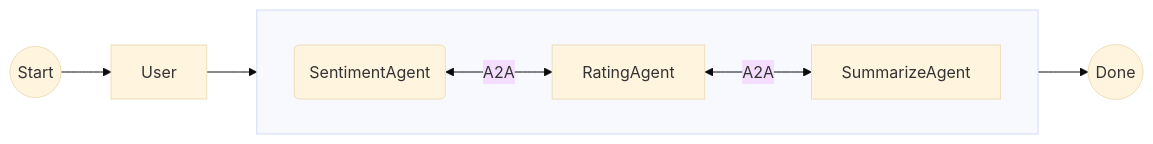
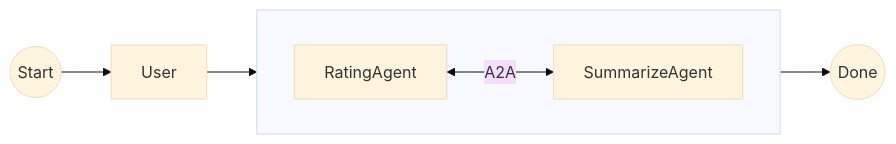
The diagram in docs/eventcatalog/domains/Store/subdomains/Catalog/services/RatingService/queries/SummarizeFeedback/index.mdx (foxminchan/BookWorm), drawn with Mermaid (base theme) before and after one commit. The commit also changed 33 other files, not shown here.

````diff
--- a/docs/eventcatalog/domains/Store/subdomains/Catalog/services/RatingService/queries/SummarizeFeedback/index.mdx
+++ b/docs/eventcatalog/domains/Store/subdomains/Catalog/services/RatingService/queries/SummarizeFeedback/index.mdx
@@ -63,16 +63,12 @@
 ```mermaid
 flowchart LR
  subgraph V["<br>"]
     direction LR
         V1["RatingAgent"]
         V2["SummarizeAgent"]
-        n2["SentimentAgent"]
   end
     O(("Start")) --> A["User"]
     V1 <-- A2A --> V2
     V --> n3(("Done"))
     A --> V
-    n2 <-- A2A --> V1
-
-    n2@{ shape: rounded}
 ```
````
